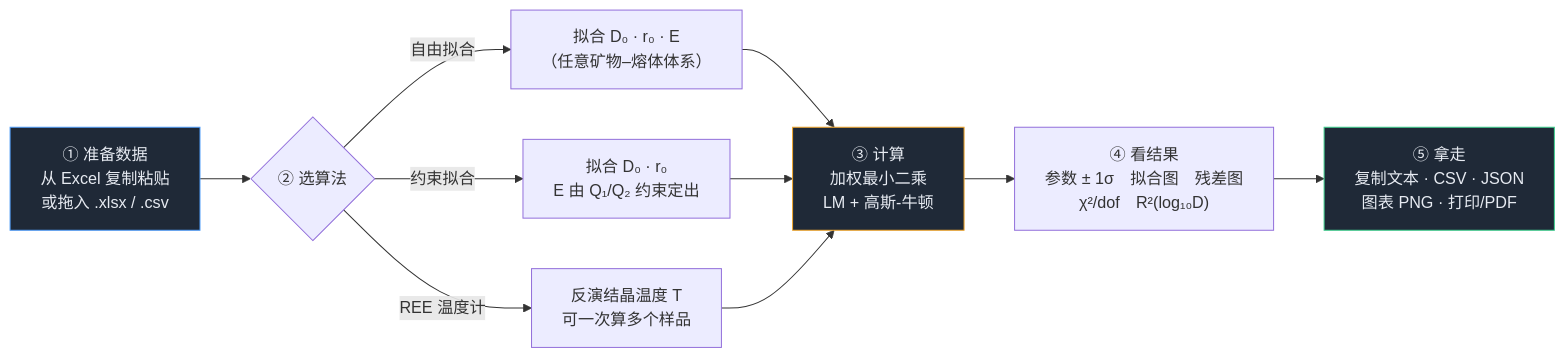
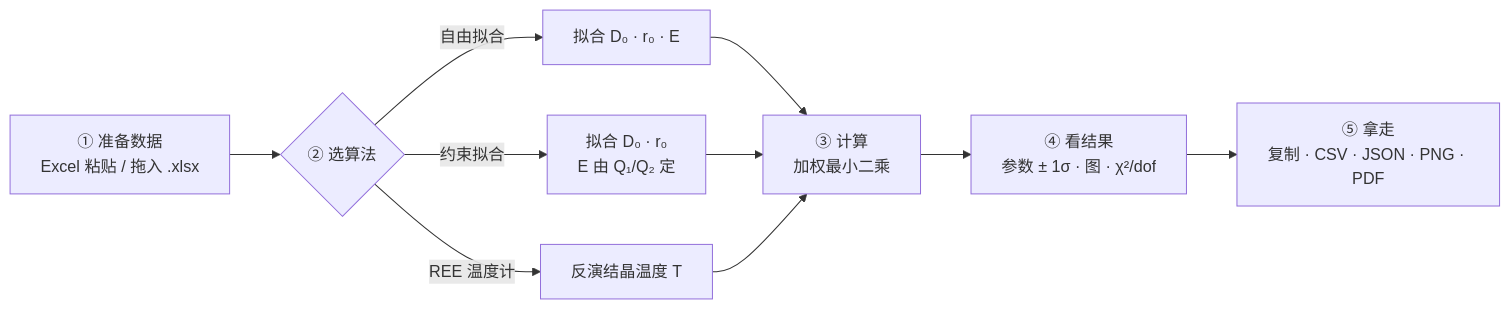
One commit to chengkaide/least-square_fitting_of-zircon-melt_REE_D changed the diagram in ZirconREE_WebApp/README.md. Above: the diagram before and after it, drawn with Mermaid. The commit also changed other lines of this file and 12 other files, not shown here.

````diff
--- a/ZirconREE_WebApp/README.md
+++ b/ZirconREE_WebApp/README.md
@@ -6,15 +9,12 @@
 ```mermaid
 flowchart LR
-    A["① 准备数据<br/>从 Excel 复制粘贴<br/>或拖入 .xlsx / .csv"] --> B{"② 选算法"}
-    B -->|"自由拟合"| C1["拟合 D₀ · r₀ · E<br/>（任意矿物–熔体体系）"]
-    B -->|"约束拟合"| C2["拟合 D₀ · r₀<br/>E 由 Q₁/Q₂ 约束定出"]
-    B -->|"REE 温度计"| C3["反演结晶温度 T<br/>可一次算多个样品"]
-    C1 --> D["③ 计算<br/>加权最小二乘<br/>LM + 高斯-牛顿"]
+    A["① 准备数据<br/>Excel 粘贴 / 拖入 .xlsx"] --> B{"② 选算法"}
+    B -->|"自由拟合"| C1["拟合 D₀ · r₀ · E"]
+    B -->|"约束拟合"| C2["拟合 D₀ · r₀<br/>E 由 Q₁/Q₂ 定"]
+    B -->|"REE 温度计"| C3["反演结晶温度 T"]
+    C1 --> D["③ 计算<br/>加权最小二乘"]
     C2 --> D
     C3 --> D
-    D --> E["④ 看结果<br/>参数 ± 1σ　拟合图　残差图<br/>χ²/dof　R²(log₁₀D)"]
-    E --> F["⑤ 拿走<br/>复制文本 · CSV · JSON<br/>图表 PNG · 打印/PDF"]
-    style A fill:#1f2937,stroke:#4f9cf9,color:#e7ebf2
-    style F fill:#1f2937,stroke:#3ecf8e,color:#e7ebf2
-    style D fill:#1f2937,stroke:#f0a52b,color:#e7ebf2
+    D --> E["④ 看结果<br/>参数 ± 1σ · 图 · χ²/dof"]
+    E --> F["⑤ 拿走<br/>复制 · CSV · JSON · PNG · PDF"]
 ```
````
